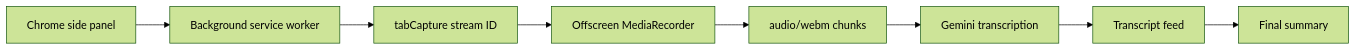
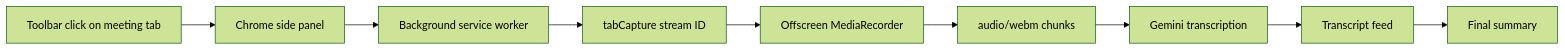
One commit to Keymiuz/Screen-Copilot changed the second of 2 diagrams in README.md. Above: the diagram before and after it, drawn with Mermaid (forest theme). The commit also changed other lines of this file and 6 other files, not shown here.

Commit message:
fix(extension): require toolbar activation for tab capture

````diff
--- a/README.md
+++ b/README.md
@@ -100,10 +101,11 @@
 ```mermaid
 flowchart LR
-  A["Chrome side panel"] --> B["Background service worker"]
-  B --> C["tabCapture stream ID"]
-  C --> D["Offscreen MediaRecorder"]
-  D --> E["audio/webm chunks"]
-  E --> F["Gemini transcription"]
-  F --> G["Transcript feed"]
-  G --> H["Final summary"]
+  A["Toolbar click on meeting tab"] --> B["Chrome side panel"]
+  B --> C["Background service worker"]
+  C --> D["tabCapture stream ID"]
+  D --> E["Offscreen MediaRecorder"]
+  E --> F["audio/webm chunks"]
+  F --> G["Gemini transcription"]
+  G --> H["Transcript feed"]
+  H --> I["Final summary"]
 ```
````
